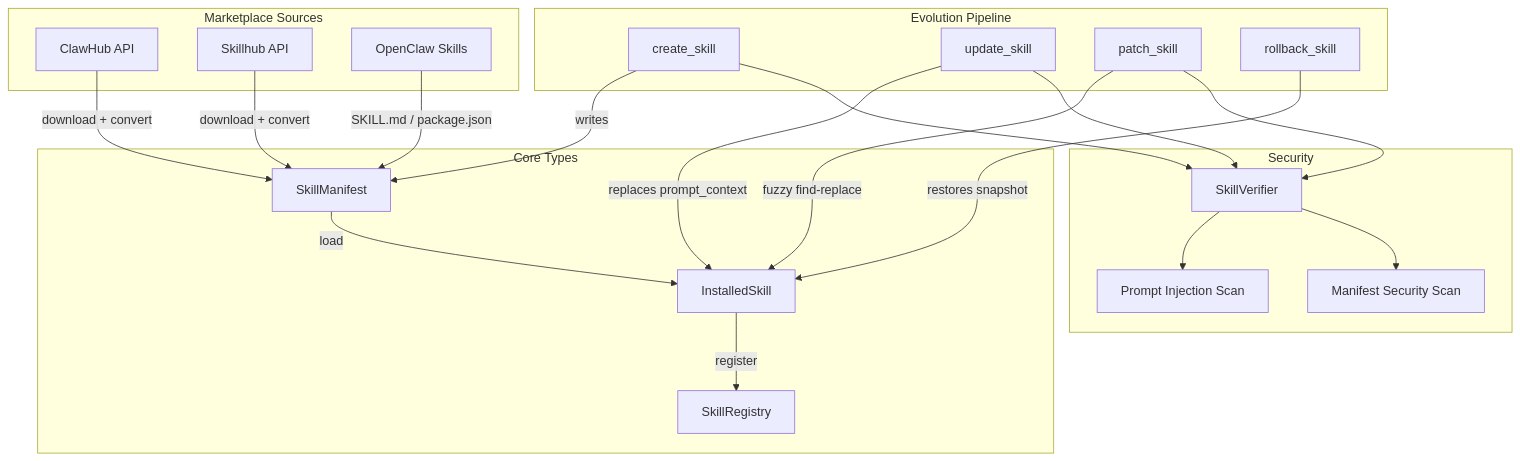
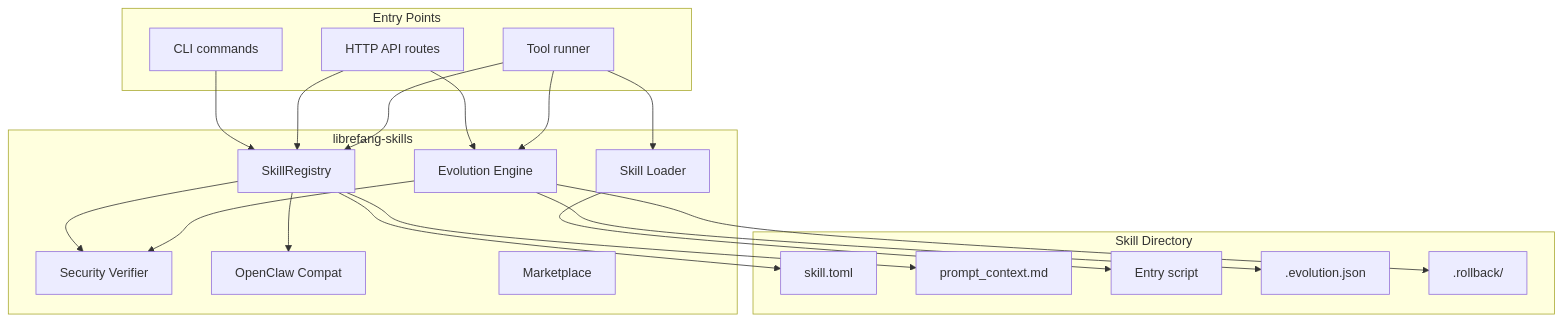
Before and after one commit to leszek3737/librefang-WIki: the diagram in skills-marketplace.md, drawn with Mermaid. The commit also changed other lines of this file and 98 other files, not shown here.

````diff
--- a/skills-marketplace.md
+++ b/skills-marketplace.md
@@ -20,44 +11,41 @@
 ```mermaid
 graph TD
-    subgraph "Marketplace Sources"
-        CH[ClawHub API]
-        SH[Skillhub API]
-        OC[OpenClaw Skills]
+    subgraph "Entry Points"
+        CLI[CLI commands]
+        API[HTTP API routes]
+        Runtime[Tool runner]
     end
 
-    subgraph "Core Types"
-        SM[SkillManifest]
-        IS[InstalledSkill]
-        SR[SkillRegistry]
+    subgraph "librefang-skills"
+        Registry[SkillRegistry]
+        Loader[Skill Loader]
+        Evolution[Evolution Engine]
+        Verify[Security Verifier]
+        Compat[OpenClaw Compat]
+        Market[Marketplace]
     end
 
-    subgraph "Evolution Pipeline"
-        CS[create_skill]
-        US[update_skill]
-        PS[patch_skill]
-        RB[rollback_skill]
+    subgraph "Skill Directory"
+        TOML["skill.toml"]
+        PROMPT["prompt_context.md"]
+        SCRIPT["Entry script"]
+        META[".evolution.json"]
+        ROLL[".rollback/"]
     end
 
-    subgraph "Security"
-        SV[SkillVerifier]
-        PI[Prompt Injection Scan]
-        MS[Manifest Security Scan]
-    end
+    CLI --> Registry
+    API --> Registry
+    API --> Evolution
+    Runtime --> Loader
+    Runtime --> Registry
+    Runtime --> Evolution
 
-    CH -->|download + convert| SM
-    SH -->|download + convert| SM
-    OC -->|SKILL.md / package.json| SM
-    SM -->|load| IS
-    IS -->|register| SR
-
-    CS -->|writes| SM
-    US -->|replaces prompt_context| IS
-    PS -->|fuzzy find-replace| IS
-    RB -->|restores snapshot| IS
-
-    CS --> SV
-    US --> SV
-    PS --> SV
-    SV --> PI
-    SV --> MS
+    Registry --> TOML
+    Registry --> PROMPT
+    Registry --> Compat
+    Registry --> Verify
+    Loader --> SCRIPT
+    Evolution --> META
+    Evolution --> ROLL
+    Evolution --> Verify
 ```
````
